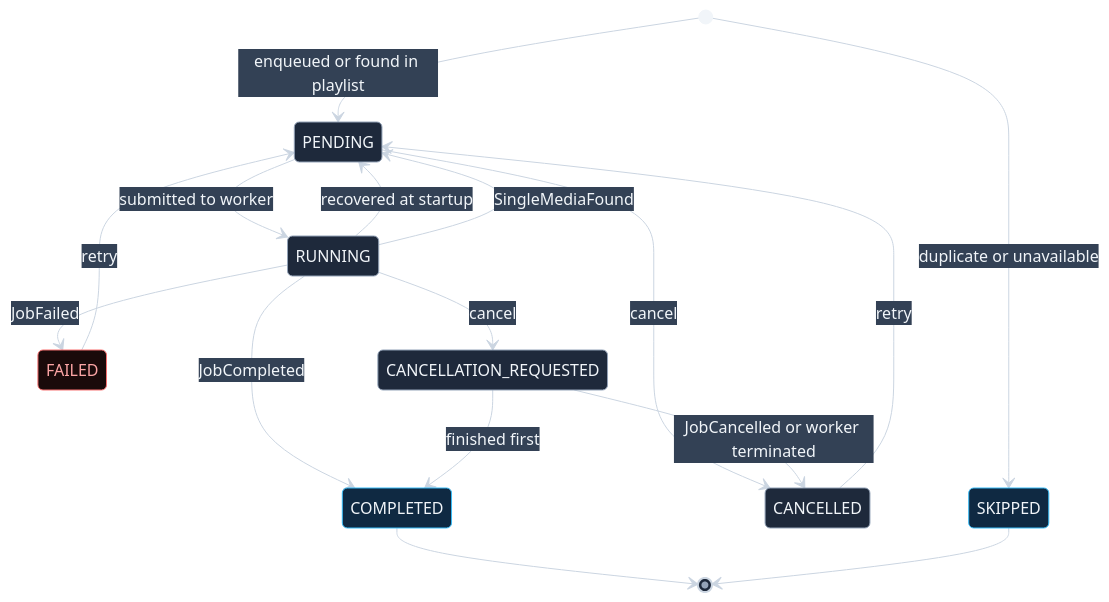
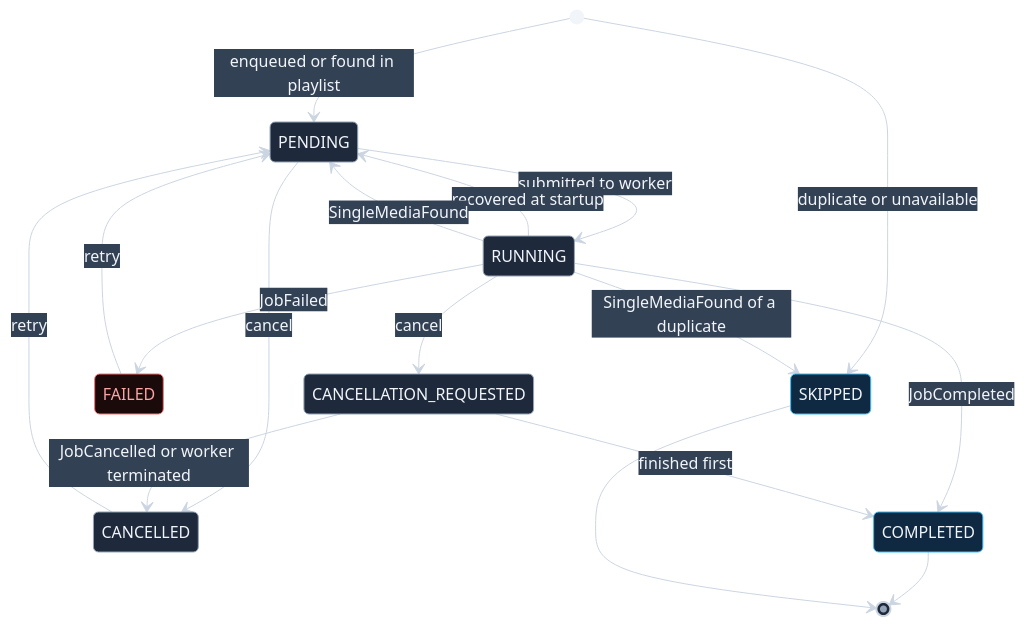
The third of 3 diagrams in doc/design/01-architecture.md (NestorMonroy/queued-media-downloader), drawn with Mermaid before and after one commit. The commit also changed other lines of this file and 10 other files, not shown here.

````diff
--- a/doc/design/01-architecture.md
+++ b/doc/design/01-architecture.md
@@ -424,44 +424,45 @@
 ```mermaid
 ---
 config:
   theme: base
   darkMode: true
   themeVariables:
     background:         "#0f172a"
     primaryColor:       "#1e293b"
     primaryTextColor:   "#f1f5f9"
     primaryBorderColor: "#94a3b8"
     lineColor:          "#cbd5e1"
     specialStateColor:  "#f1f5f9"
     secondaryColor:     "#334155"
     tertiaryColor:      "#1e3a8a"
     noteBkgColor:       "#1e3a8a"
     noteTextColor:      "#f1f5f9"
 ---
 stateDiagram-v2
     [*] --> PENDING : enqueued or found in playlist
     [*] --> SKIPPED : duplicate or unavailable
 
     PENDING --> RUNNING : submitted to worker
     PENDING --> CANCELLED : cancel
 
     RUNNING --> COMPLETED : JobCompleted
     RUNNING --> FAILED : JobFailed
     RUNNING --> CANCELLATION_REQUESTED : cancel
     RUNNING --> PENDING : recovered at startup
     RUNNING --> PENDING : SingleMediaFound
+    RUNNING --> SKIPPED : SingleMediaFound of a duplicate
 
     CANCELLATION_REQUESTED --> CANCELLED : JobCancelled or worker terminated
     CANCELLATION_REQUESTED --> COMPLETED : finished first
 
     FAILED --> PENDING : retry
     CANCELLED --> PENDING : retry
 
     COMPLETED --> [*]
     SKIPPED --> [*]
 
     classDef terminal fill:#0f2942,stroke:#38bdf8,color:#f1f5f9
     classDef failure fill:#1a0a0a,stroke:#f87171,color:#fca5a5
     class COMPLETED,SKIPPED terminal
     class FAILED failure
 ```
````
